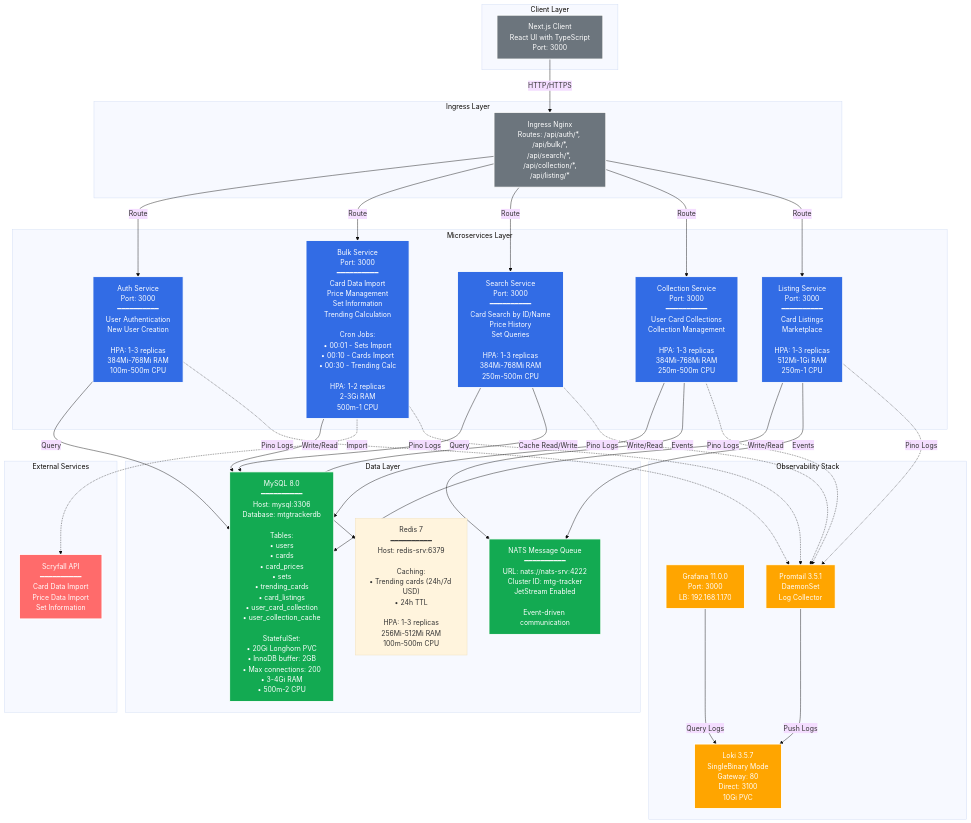
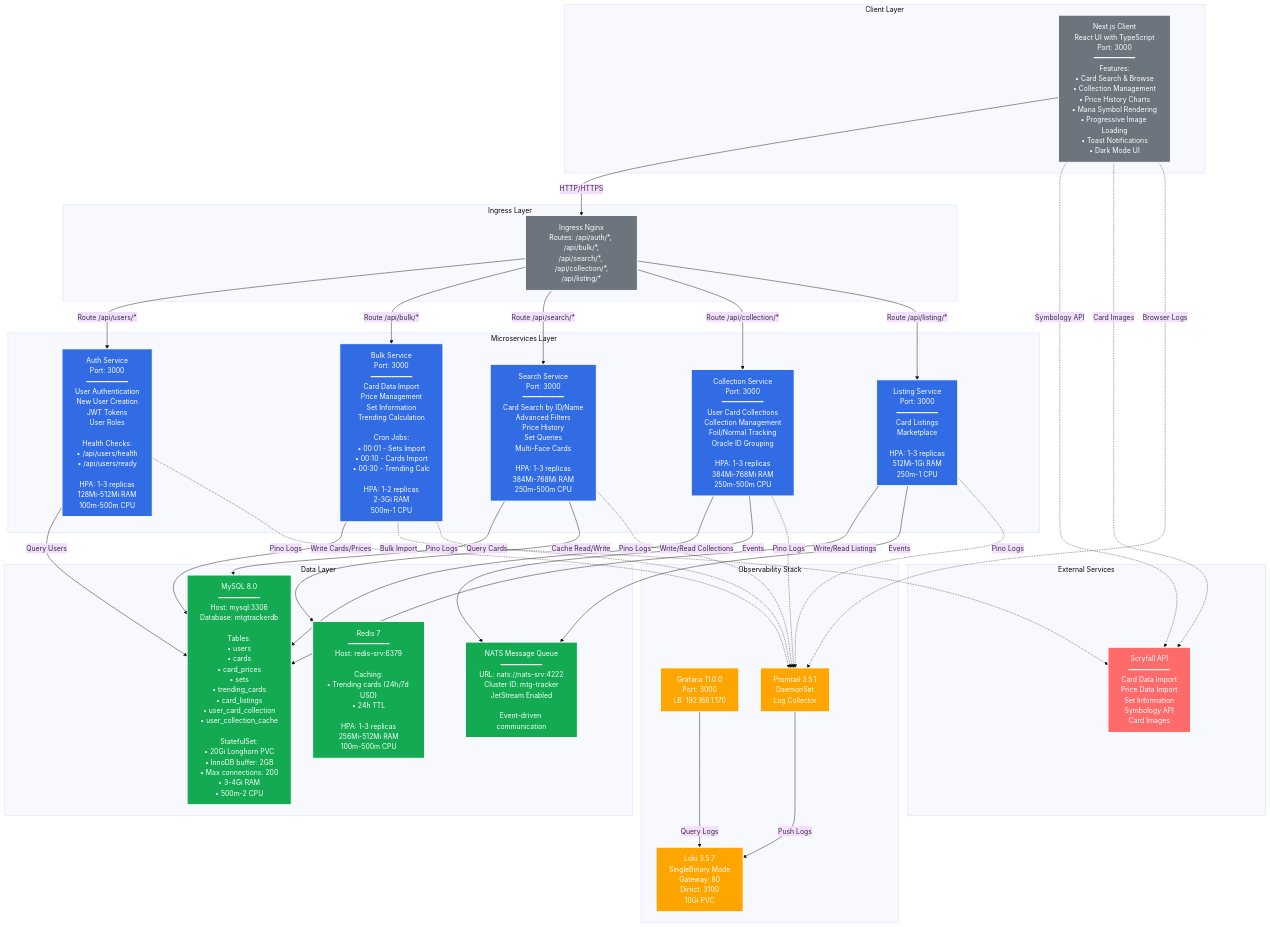
Before and after one commit to ZHamburglar/mtg-tracker: the diagram in README.md, drawn with Mermaid (base theme). The commit also changed 1 other file, not shown here.

Commit message:
adding mermaid update?

````diff
--- a/README.md
+++ b/README.md
@@ -22,7 +22,7 @@
 ```mermaid
 graph TB
     subgraph "Client Layer"
-        Client["Next.js Client<br/>React UI with TypeScript<br/>Port: 3000"]
+        Client["Next.js Client<br/>React UI with TypeScript<br/>Port: 3000<br/>━━━━━━━━━━<br/>Features:<br/>• Card Search & Browse<br/>• Collection Management<br/>• Price History Charts<br/>• Mana Symbol Rendering<br/>• Progressive Image Loading<br/>• Toast Notifications<br/>• Dark Mode UI"]
     end
 
     subgraph "Ingress Layer"
@@ -30,13 +30,13 @@
     end
 
     subgraph "Microservices Layer"
-        Auth["Auth Service<br/>Port: 3000<br/>━━━━━━━━━━<br/>User Authentication<br/>New User Creation<br/><br/>HPA: 1-3 replicas<br/>384Mi-768Mi RAM<br/>100m-500m CPU"]
+        Auth["Auth Service<br/>Port: 3000<br/>━━━━━━━━━━<br/>User Authentication<br/>New User Creation<br/>JWT Tokens<br/>User Roles<br/><br/>Health Checks:<br/>• /api/users/health<br/>• /api/users/ready<br/><br/>HPA: 1-3 replicas<br/>128Mi-512Mi RAM<br/>100m-500m CPU"]
         
         Bulk["Bulk Service<br/>Port: 3000<br/>━━━━━━━━━━<br/>Card Data Import<br/>Price Management<br/>Set Information<br/>Trending Calculation<br/><br/>Cron Jobs:<br/>• 00:01 - Sets Import<br/>• 00:10 - Cards Import<br/>• 00:30 - Trending Calc<br/><br/>HPA: 1-2 replicas<br/>2-3Gi RAM<br/>500m-1 CPU"]
         
-        Search["Search Service<br/>Port: 3000<br/>━━━━━━━━━━<br/>Card Search by ID/Name<br/>Price History<br/>Set Queries<br/><br/>HPA: 1-3 replicas<br/>384Mi-768Mi RAM<br/>250m-500m CPU"]
+        Search["Search Service<br/>Port: 3000<br/>━━━━━━━━━━<br/>Card Search by ID/Name<br/>Advanced Filters<br/>Price History<br/>Set Queries<br/>Multi-Face Cards<br/><br/>HPA: 1-3 replicas<br/>384Mi-768Mi RAM<br/>250m-500m CPU"]
         
-        Collection["Collection Service<br/>Port: 3000<br/>━━━━━━━━━━<br/>User Card Collections<br/>Collection Management<br/><br/>HPA: 1-3 replicas<br/>384Mi-768Mi RAM<br/>250m-500m CPU"]
+        Collection["Collection Service<br/>Port: 3000<br/>━━━━━━━━━━<br/>User Card Collections<br/>Collection Management<br/>Foil/Normal Tracking<br/>Oracle ID Grouping<br/><br/>HPA: 1-3 replicas<br/>384Mi-768Mi RAM<br/>250m-500m CPU"]
         
         Listing["Listing Service<br/>Port: 3000<br/>━━━━━━━━━━<br/>Card Listings<br/>Marketplace<br/><br/>HPA: 1-3 replicas<br/>512Mi-1Gi RAM<br/>250m-1 CPU"]
     end
@@ -50,7 +50,7 @@
     end
 
     subgraph "External Services"
-        Scryfall["Scryfall API<br/>━━━━━━━━━━<br/>Card Data Import<br/>Price Data Import<br/>Set Information"]
+        Scryfall["Scryfall API<br/>━━━━━━━━━━<br/>Card Data Import<br/>Price Data Import<br/>Set Information<br/>Symbology API<br/>Card Images"]
     end
 
     subgraph "Observability Stack"
@@ -60,29 +60,33 @@
     end
 
     Client -->|HTTP/HTTPS| Ingress
-    Ingress -->|Route| Auth
-    Ingress -->|Route| Bulk
-    Ingress -->|Route| Search
-    Ingress -->|Route| Collection
-    Ingress -->|Route| Listing
+    Client -.->|Symbology API| Scryfall
+    Client -.->|Card Images| Scryfall
+    
+    Ingress -->|Route /api/users/*| Auth
+    Ingress -->|Route /api/bulk/*| Bulk
+    Ingress -->|Route /api/search/*| Search
+    Ingress -->|Route /api/collection/*| Collection
+    Ingress -->|Route /api/listing/*| Listing
 
-    Auth -->|Query| MySQL
-    Bulk -->|Write/Read| MySQL
-    Search -->|Query| MySQL
+    Auth -->|Query Users| MySQL
+    Bulk -->|Write Cards/Prices| MySQL
+    Search -->|Query Cards| MySQL
     Search -->|Cache Read/Write| Redis
-    Collection -->|Write/Read| MySQL
-    Listing -->|Write/Read| MySQL
+    Collection -->|Write/Read Collections| MySQL
+    Listing -->|Write/Read Listings| MySQL
 
     Collection -->|Events| NATS
     Listing -->|Events| NATS
 
-    Bulk -.->|Import| Scryfall
+    Bulk -.->|Bulk Import| Scryfall
 
     Auth -.->|Pino Logs| Promtail
     Bulk -.->|Pino Logs| Promtail
     Search -.->|Pino Logs| Promtail
     Collection -.->|Pino Logs| Promtail
     Listing -.->|Pino Logs| Promtail
+    Client -.->|Browser Logs| Promtail
     
     Promtail -->|Push Logs| Loki
     Grafana -->|Query Logs| Loki
@@ -94,7 +98,7 @@
     classDef infra fill:#6c757d,stroke:#fff,stroke-width:2px,color:#fff
 
     class Auth,Bulk,Search,Collection,Listing service
-    class MySQL,NATS data
+    class MySQL,NATS,Redis data
     class Scryfall external
     class Grafana,Loki,Promtail observability
     class Client,Ingress infra
````
